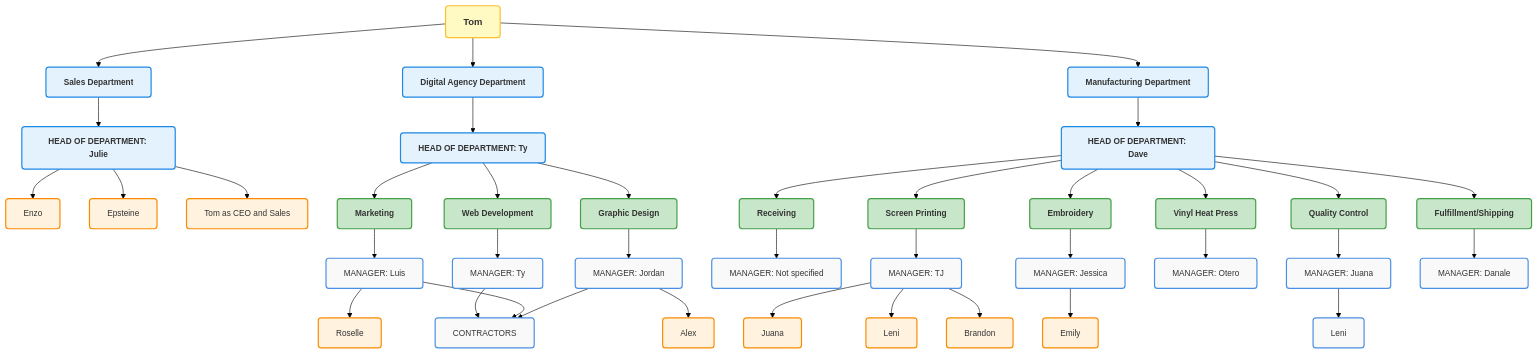
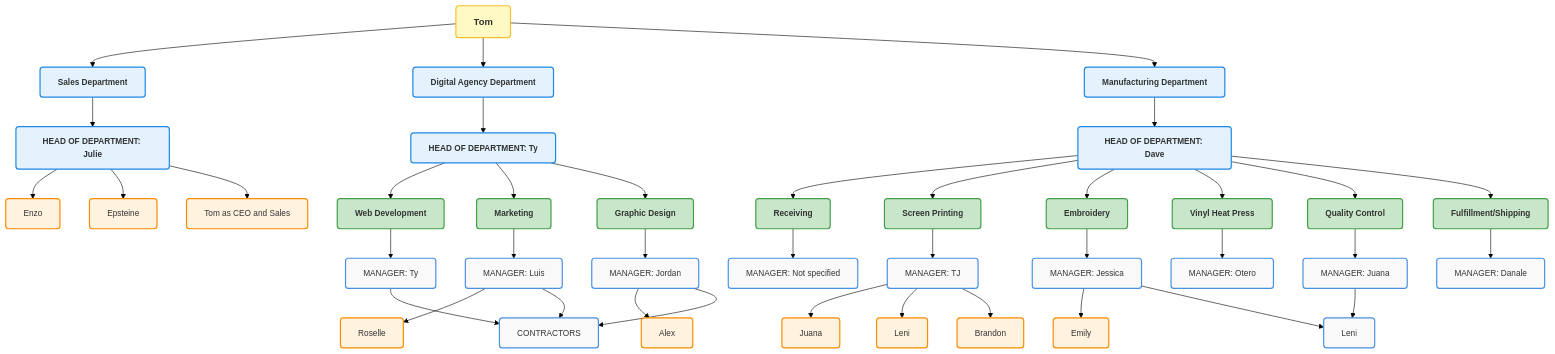
One commit to TyGrim13/4WinnerFlows changed the first of 14 diagrams in README.md. Above: the diagram before and after it, drawn with Mermaid.

```diff
--- a/README.md
+++ b/README.md
@@ -128,6 +128,7 @@
     ManuMgr --> Embroidery
     Embroidery --> EmbSup
     EmbSup --> Emily
+    EmbSup --> Leni
     ManuMgr --> VinylHeatPress
     VinylHeatPress --> VHP
     ManuMgr --> QualityControl
```
